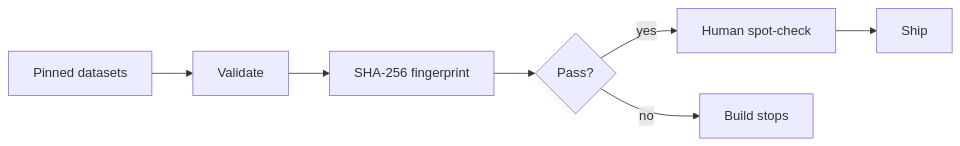
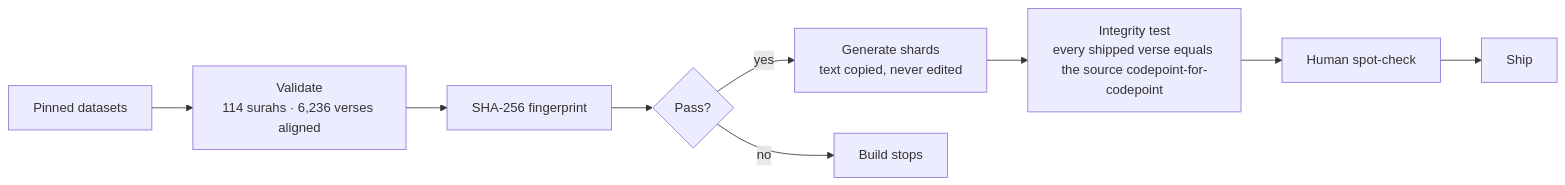
One commit to mehedyk/Al-Hidayah changed the eighth of 10 diagrams in README.md. Above: the diagram before and after it, drawn with Mermaid. The commit also changed other lines of this file, not shown here.

````diff
--- a/README.md
+++ b/README.md
@@ -98,9 +342,11 @@
 ```mermaid
 flowchart LR
-    A["Pinned datasets"] --> B["Validate"]
+    A["Pinned datasets"] --> B["Validate<br/>114 surahs · 6,236 verses aligned"]
     B --> C["SHA-256 fingerprint"]
     C --> D{"Pass?"}
-    D -->|yes| E["Human spot-check"]
-    E --> F["Ship"]
-    D -->|no| G["Build stops"]
+    D -->|yes| E["Generate shards<br/>text copied, never edited"]
+    E --> T["Integrity test<br/>every shipped verse equals the source codepoint-for-codepoint"]
+    T --> F["Human spot-check"]
+    F --> G["Ship"]
+    D -->|no| X["Build stops"]
 ```
````
